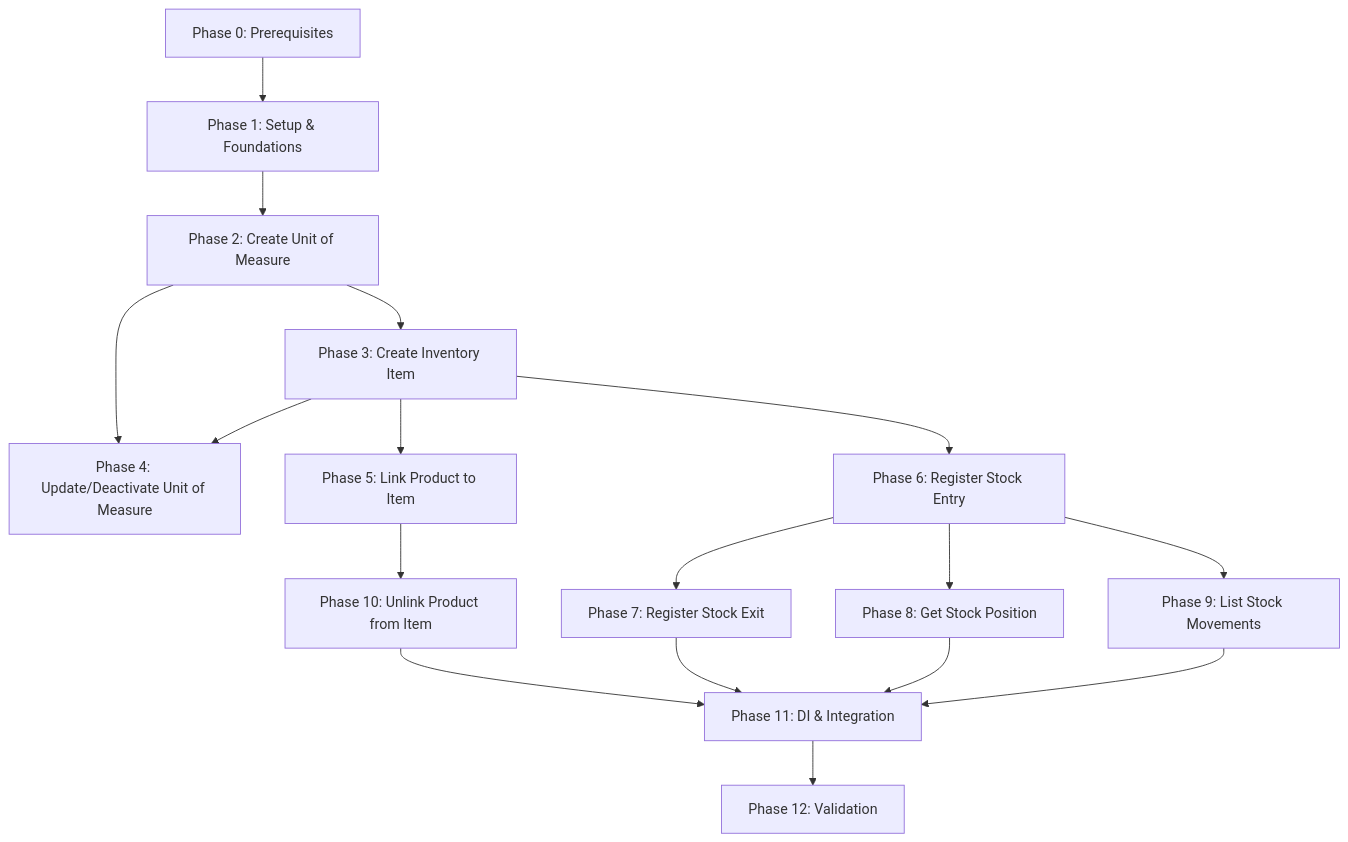
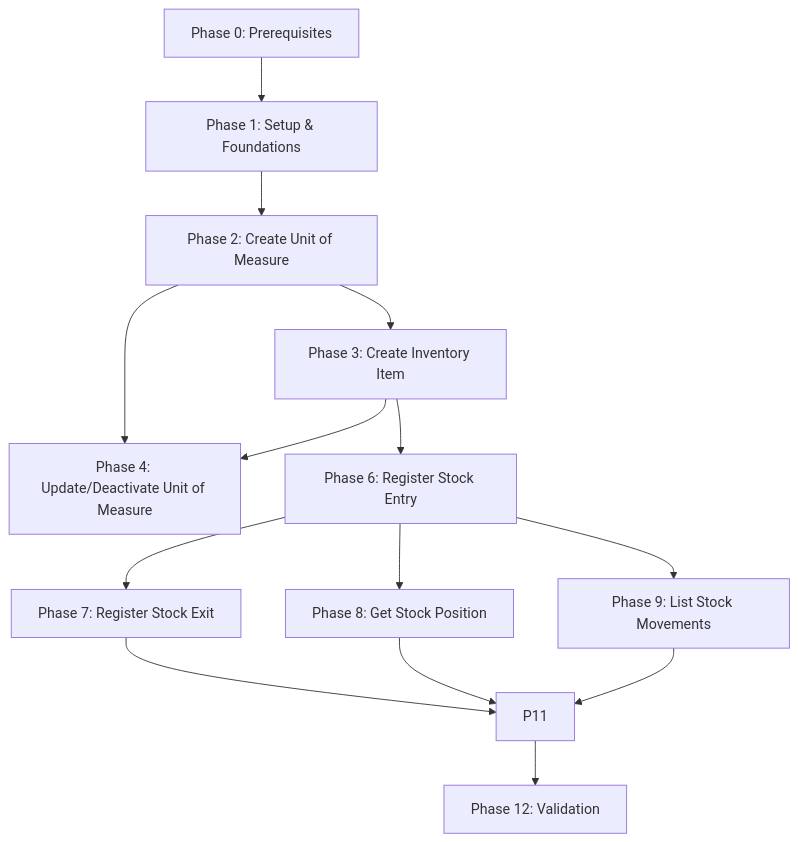
One commit to CSousa-Dev/smart-delivery changed the diagram in specs/modules/inventory/plan.md. Above: the diagram before and after it, drawn with Mermaid. The commit also changed other lines of this file and 33 other files, not shown here.

First line of the commit message:
inventory: remove product link flow from module

````diff
--- a/specs/modules/inventory/plan.md
+++ b/specs/modules/inventory/plan.md
@@ -242,19 +228,16 @@
 ```mermaid
 graph TD
     P0[Phase 0: Prerequisites] --> P1[Phase 1: Setup & Foundations]
     P1 --> P2[Phase 2: Create Unit of Measure]
     P2 --> P3[Phase 3: Create Inventory Item]
     P2 --> P4[Phase 4: Update/Deactivate Unit of Measure]
     P3 --> P4
-    P3 --> P5[Phase 5: Link Product to Item]
     P3 --> P6[Phase 6: Register Stock Entry]
     P6 --> P7[Phase 7: Register Stock Exit]
     P6 --> P8[Phase 8: Get Stock Position]
     P6 --> P9[Phase 9: List Stock Movements]
-    P5 --> P10[Phase 10: Unlink Product from Item]
-    P10 --> P11[Phase 11: DI & Integration]
     P7 --> P11
     P8 --> P11
     P9 --> P11
     P11 --> P12[Phase 12: Validation]
 ```
````
